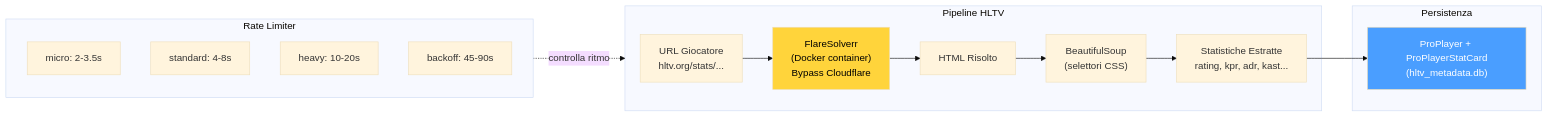
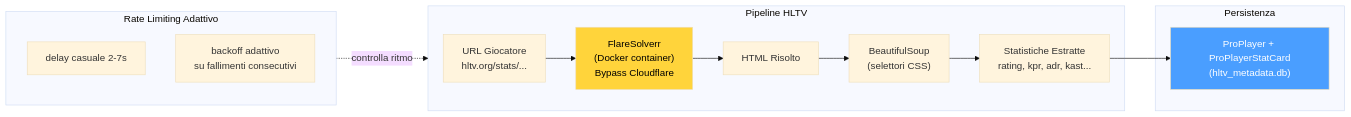
Diagram 13 of 16 in docs/books/Book-Coach-1B.md (renanaugustomacena-ux/Counter-Strike-coach-AI), drawn with Mermaid (base theme) before and after one commit. The commit also changed other lines of this file and 4 other files, not shown here.

````diff
--- a/docs/books/Book-Coach-1B.md
+++ b/docs/books/Book-Coach-1B.md
@@ -768,23 +747,21 @@
 ```mermaid
 flowchart LR
     subgraph FETCH["Pipeline HLTV"]
         URL["URL Giocatore<br/>hltv.org/stats/..."]
         URL --> FLARE["FlareSolverr<br/>(Docker container)<br/>Bypass Cloudflare"]
         FLARE --> HTML["HTML Risolto"]
         HTML --> BS["BeautifulSoup<br/>(selettori CSS)"]
         BS --> STATS["Statistiche Estratte<br/>rating, kpr, adr, kast..."]
     end
-    subgraph RATE["Rate Limiter"]
-        MICRO["micro: 2-3.5s"]
-        STD["standard: 4-8s"]
-        HEAVY["heavy: 10-20s"]
-        BACK["backoff: 45-90s"]
+    subgraph RATE["Rate Limiting Adattivo"]
+        DELAY["delay casuale 2-7s"]
+        BACK["backoff adattivo<br/>su fallimenti consecutivi"]
     end
     subgraph SAVE["Persistenza"]
         STATS --> DB["ProPlayer + ProPlayerStatCard<br/>(hltv_metadata.db)"]
     end
     RATE -.->|"controlla ritmo"| FETCH
 
     style FLARE fill:#ffd43b,color:#000
     style DB fill:#4a9eff,color:#fff
 ```
````
